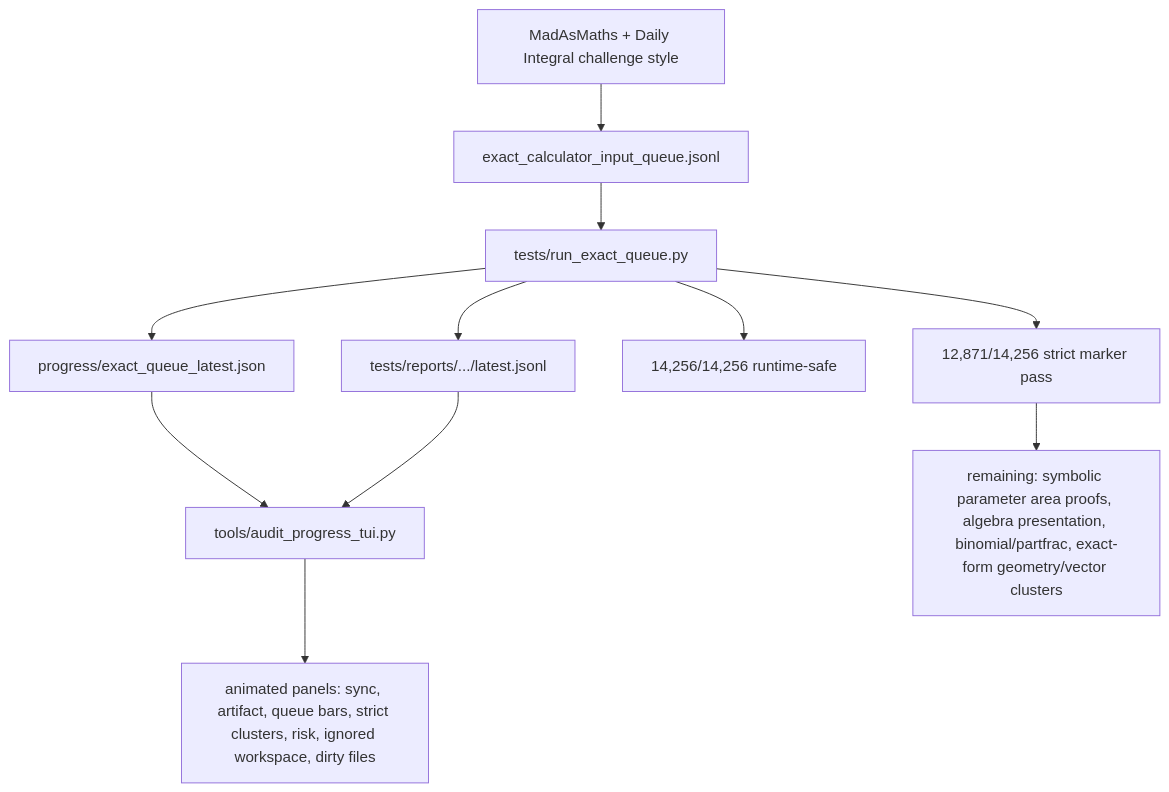
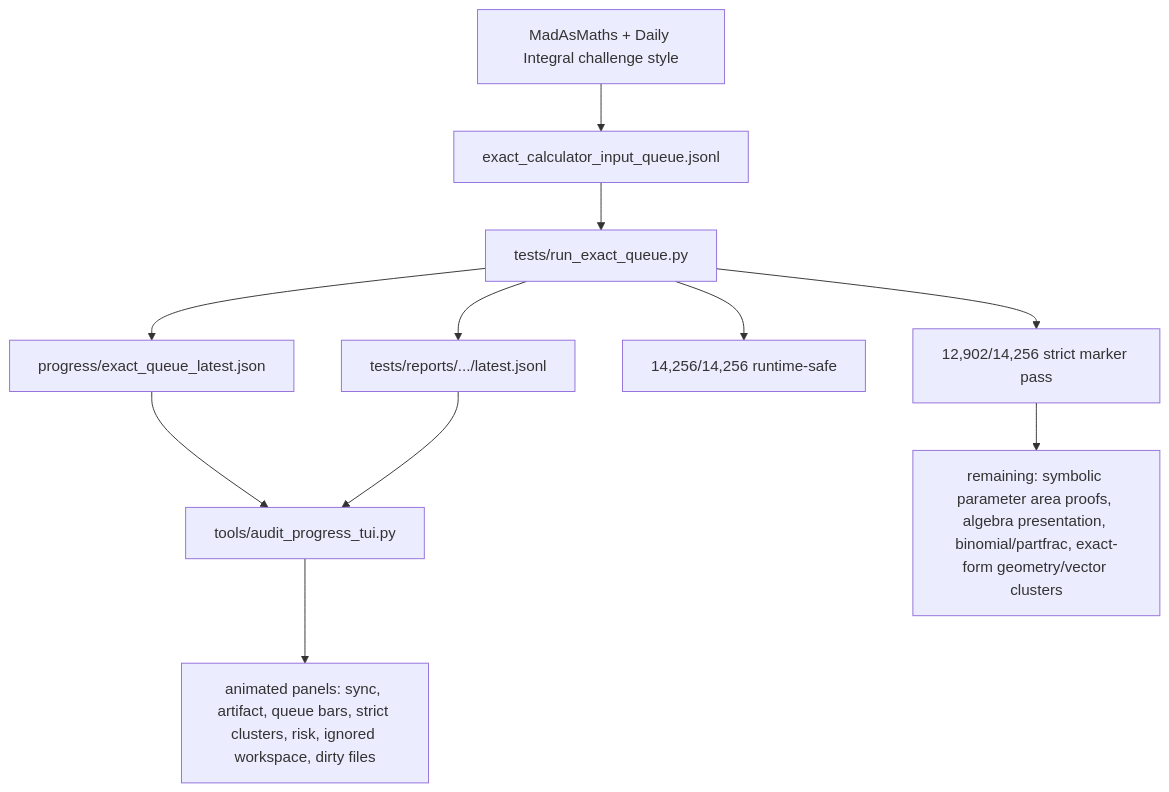
Before and after one commit to james8464/notes-addin-casio-fx-cg50: the fifth of 6 diagrams in docs/GRAPH.md, drawn with Mermaid. The commit also changed other lines of this file and 3 other files, not shown here.

````diff
--- a/docs/GRAPH.md
+++ b/docs/GRAPH.md
@@ -60,13 +60,13 @@
 ```mermaid
 graph TD
   Online["MadAsMaths + Daily Integral challenge style"] --> Queue["exact_calculator_input_queue.jsonl"]
   Queue --> Runner["tests/run_exact_queue.py"]
   Runner --> Live["progress/exact_queue_latest.json"]
   Runner --> Report["tests/reports/.../latest.jsonl"]
   Live --> TUI["tools/audit_progress_tui.py"]
   Report --> TUI
   TUI --> Panels["animated panels: sync, artifact, queue bars, strict clusters, risk, ignored workspace, dirty files"]
   Runner --> Runtime["14,256/14,256 runtime-safe"]
-  Runner --> Strict["12,871/14,256 strict marker pass"]
+  Runner --> Strict["12,902/14,256 strict marker pass"]
   Strict --> Remaining["remaining: symbolic parameter area proofs, algebra presentation, binomial/partfrac, exact-form geometry/vector clusters"]
 ```
````
